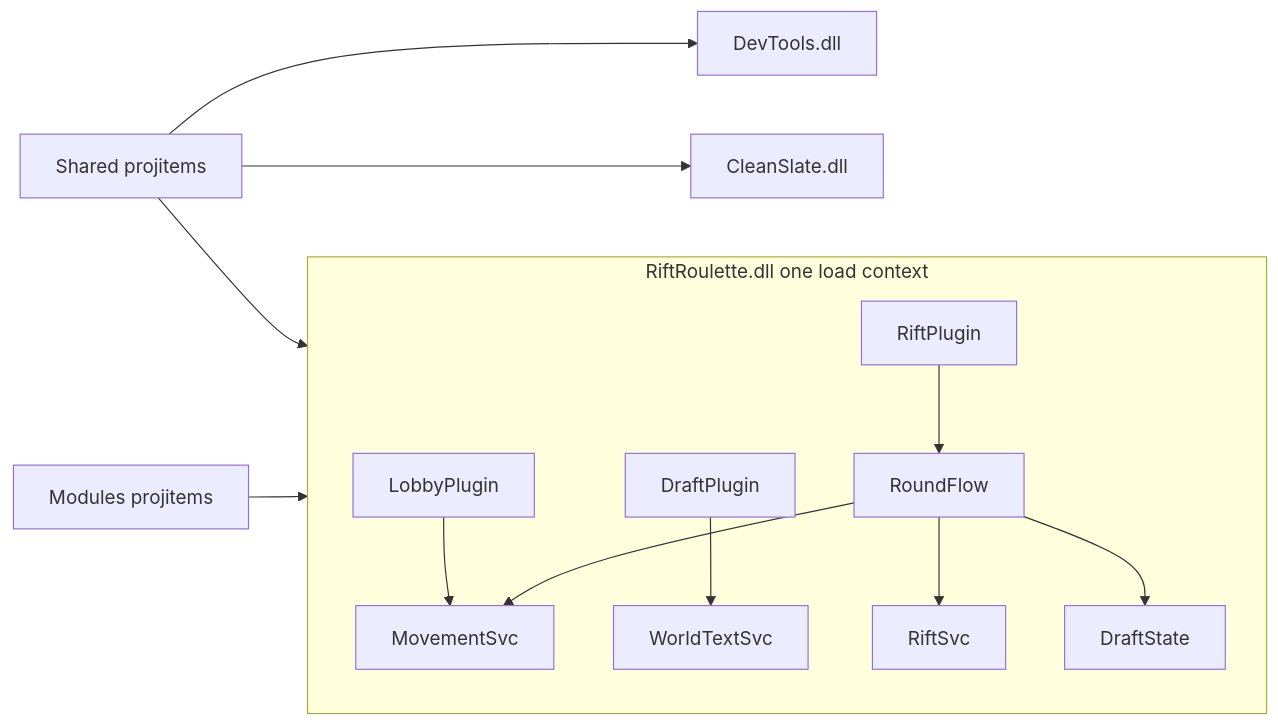
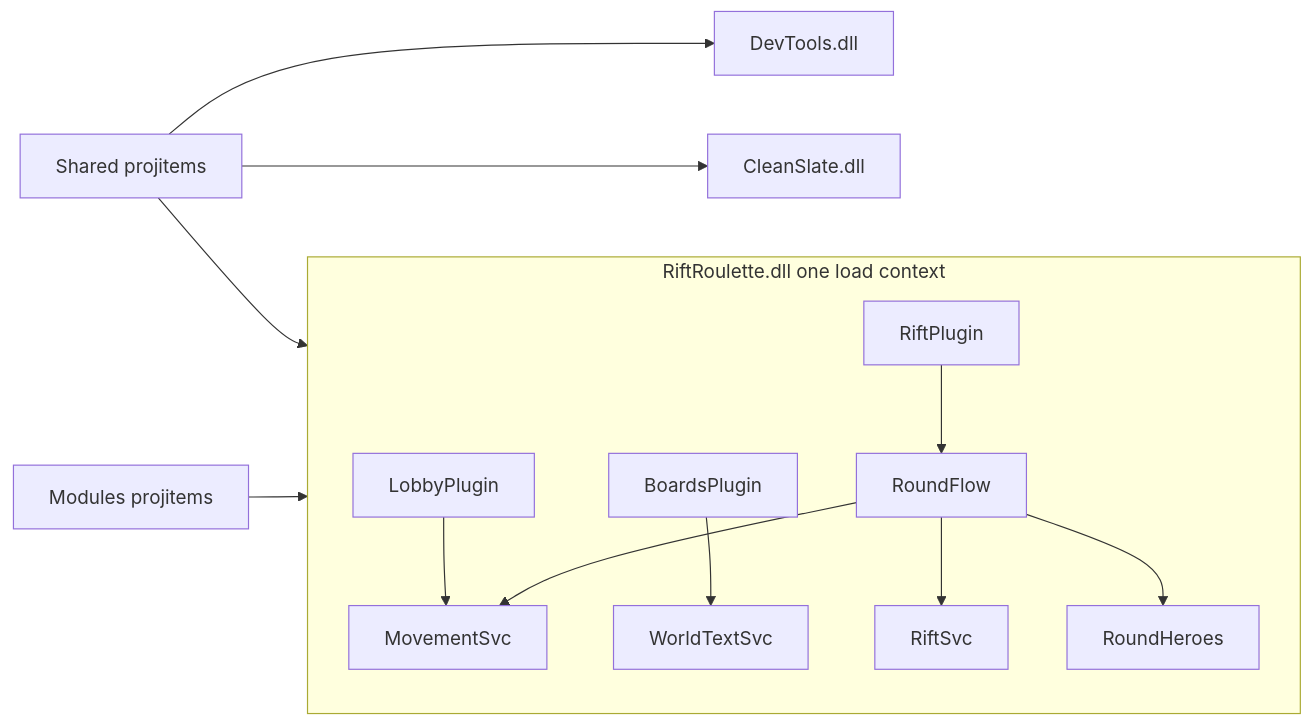
One commit to vand0525/bublock changed the diagram in RiftRoulette/reference/master-plan.md. Above: the diagram before and after it, drawn with Mermaid. The commit also changed other lines of this file and 150 other files, not shown here.

````diff
--- a/RiftRoulette/reference/master-plan.md
+++ b/RiftRoulette/reference/master-plan.md
@@ -97,15 +97,15 @@
 ```mermaid
 flowchart LR
   subgraph dll [RiftRoulette.dll one load context]
     LobbyPlugin --> MovementSvc
-    DraftPlugin --> WorldTextSvc
+    BoardsPlugin --> WorldTextSvc
     RiftPlugin --> RoundFlow
     RoundFlow --> RiftSvc
     RoundFlow --> MovementSvc
-    RoundFlow --> DraftState
+    RoundFlow --> RoundHeroes
   end
   SharedCode[Shared projitems] --> dll
   Modules[Modules projitems] --> dll
   SharedCode --> DevToolsDll[DevTools.dll]
   SharedCode --> CleanSlateDll[CleanSlate.dll]
 ```
````
